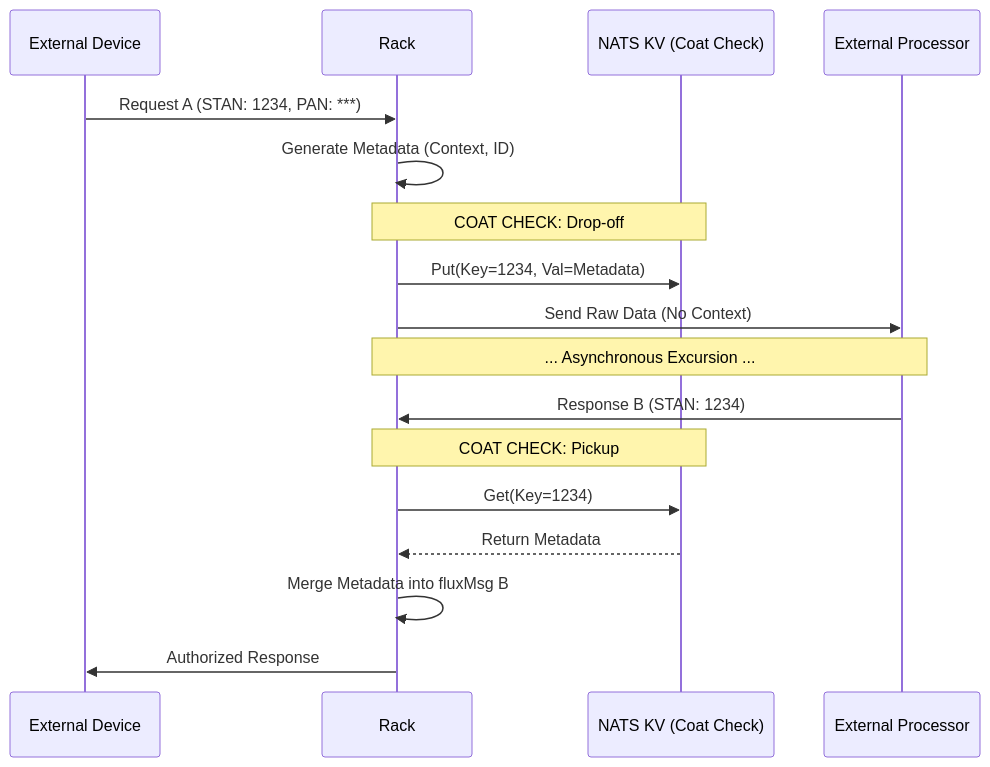
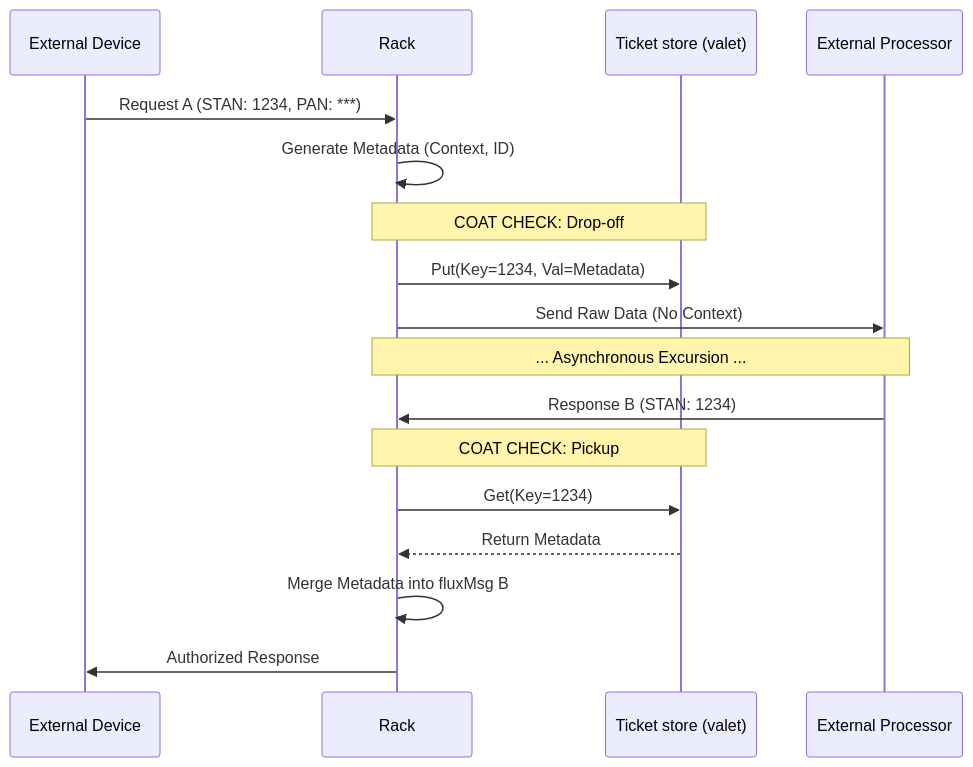
The diagram in docs/architecture/message_flow.md (fluxrig/website), drawn with Mermaid before and after one commit. The commit also changed other lines of this file and 44 other files, not shown here.

````diff
--- a/docs/architecture/message_flow.md
+++ b/docs/architecture/message_flow.md
@@ -75,22 +88,22 @@
 ```mermaid
 sequenceDiagram
     participant POS as External Device
     participant Rx as Rack
-    participant KV as NATS KV (Coat Check)
+    participant KV as Ticket store (valet)
     participant Bank as External Processor
     
     POS->>Rx: Request A (STAN: 1234, PAN: ***)
     Rx->>Rx: Generate Metadata (Context, ID)
     Note over Rx,KV: COAT CHECK: Drop-off
     Rx->>KV: Put(Key=1234, Val=Metadata)
     Rx->>Bank: Send Raw Data (No Context)
     
     Note over Rx,Bank: ... Asynchronous Excursion ...
     
     Bank->>Rx: Response B (STAN: 1234)
     Note over Rx,KV: COAT CHECK: Pickup
     Rx->>KV: Get(Key=1234)
     KV-->>Rx: Return Metadata
     Rx->>Rx: Merge Metadata into fluxMsg B
     Rx->>POS: Authorized Response
 ```
````
